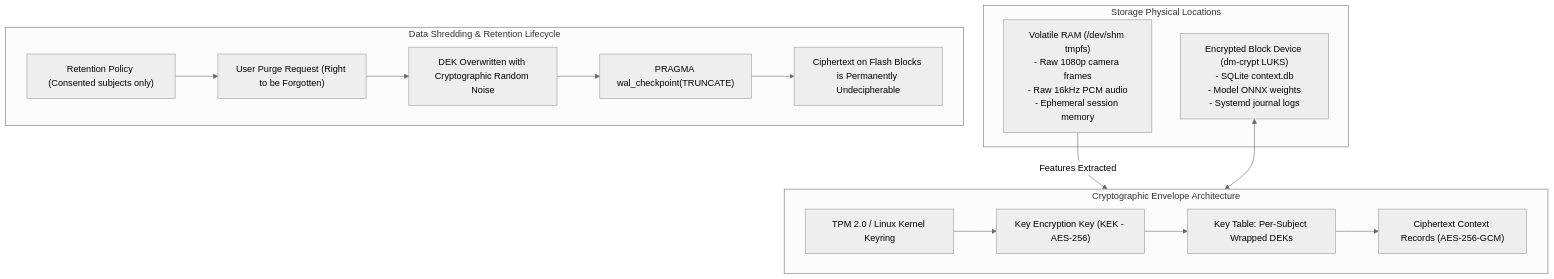
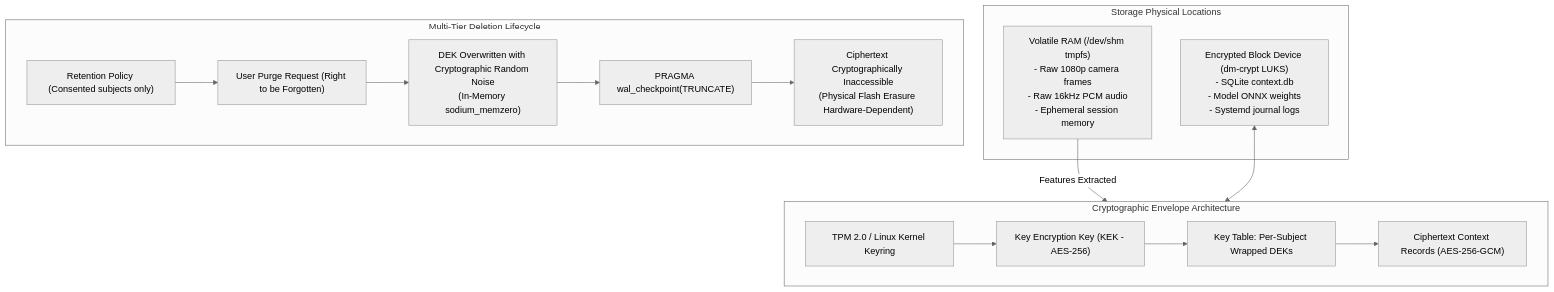
One commit to Ovic-Labs/EON changed the diagram in docs/architecture/diagrams/DATA_STORAGE_AND_RETENTION.mmd. Above: the diagram before and after it, drawn with Mermaid (neutral theme). The commit also changed 39 other files, not shown here.

First line of the commit message:
docs(audit): complete Phase 2 architecture correction and final requalification audit

```diff
--- a/docs/architecture/diagrams/DATA_STORAGE_AND_RETENTION.mmd
+++ b/docs/architecture/diagrams/DATA_STORAGE_AND_RETENTION.mmd
@@ -1,32 +1,32 @@
 flowchart TD
     subgraph StorageLocations["Storage Physical Locations"]
         RAM["Volatile RAM (/dev/shm tmpfs)<br/>- Raw 1080p camera frames<br/>- Raw 16kHz PCM audio<br/>- Ephemeral session memory"]
         DiskLUKS["Encrypted Block Device (dm-crypt LUKS)<br/>- SQLite context.db<br/>- Model ONNX weights<br/>- Systemd journal logs"]
     end
 
     subgraph CryptographicEnvelope["Cryptographic Envelope Architecture"]
         TPM["TPM 2.0 / Linux Kernel Keyring"]
         KEK["Key Encryption Key (KEK - AES-256)"]
         DEKTable["Key Table: Per-Subject Wrapped DEKs"]
         CiphertextRecords["Ciphertext Context Records (AES-256-GCM)"]
     end
 
-    subgraph DeletionLifecycle["Data Shredding & Retention Lifecycle"]
+    subgraph DeletionLifecycle["Multi-Tier Deletion Lifecycle"]
         RetentionPolicy["Retention Policy (Consented subjects only)"]
         PurgeRequest["User Purge Request (Right to be Forgotten)"]
-        DEKOverwritten["DEK Overwritten with Cryptographic Random Noise"]
+        DEKOverwritten["DEK Overwritten with Cryptographic Random Noise<br/>(In-Memory sodium_memzero)"]
         WALCheckpoint["PRAGMA wal_checkpoint(TRUNCATE)"]
-        ResidualCiphertext["Ciphertext on Flash Blocks is Permanently Undecipherable"]
+        ResidualCiphertext["Ciphertext Cryptographically Inaccessible<br/>(Physical Flash Erasure Hardware-Dependent)"]
     end
 
     RAM -->|Features Extracted| CryptographicEnvelope
     DiskLUKS <--> CryptographicEnvelope
 
     TPM --> KEK
     KEK --> DEKTable
     DEKTable --> CiphertextRecords
 
     RetentionPolicy --> PurgeRequest
     PurgeRequest --> DEKOverwritten
     DEKOverwritten --> WALCheckpoint
     WALCheckpoint --> ResidualCiphertext
```
